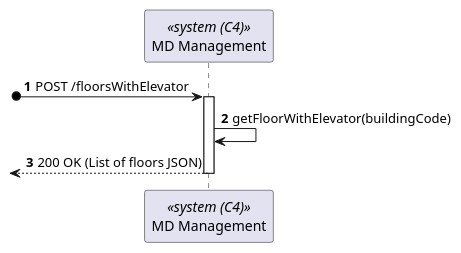
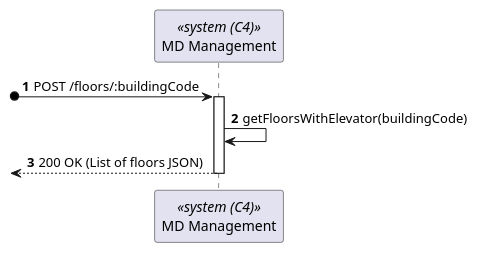
The diagram in _wiki/sprint-a/us16-300/views/level-2/process-view.puml (miseEnPlace-dev/lapr5), drawn with PlantUML before and after one commit. The commit also changed 2 other files, not shown here.

Commit message:
docs(300): updated views diagrams

```diff
--- a/_wiki/sprint-a/us16-300/views/level-2/process-view.puml
+++ b/_wiki/sprint-a/us16-300/views/level-2/process-view.puml
@@ -1,13 +1,13 @@
 @startuml process-view
 autonumber
 participant SYS as "MD Management" <<system (C4)>>
 
 
-?o-> SYS : POST /floorsWithElevator
+?o-> SYS : POST /floors/:buildingCode
 activate SYS
 
-SYS -> SYS : getFloorWithElevator(buildingCode)
+SYS -> SYS : getFloorsWithElevator(buildingCode)
 <-- SYS : 200 OK (List of floors JSON)
 deactivate SYS
 
 @enduml
```
